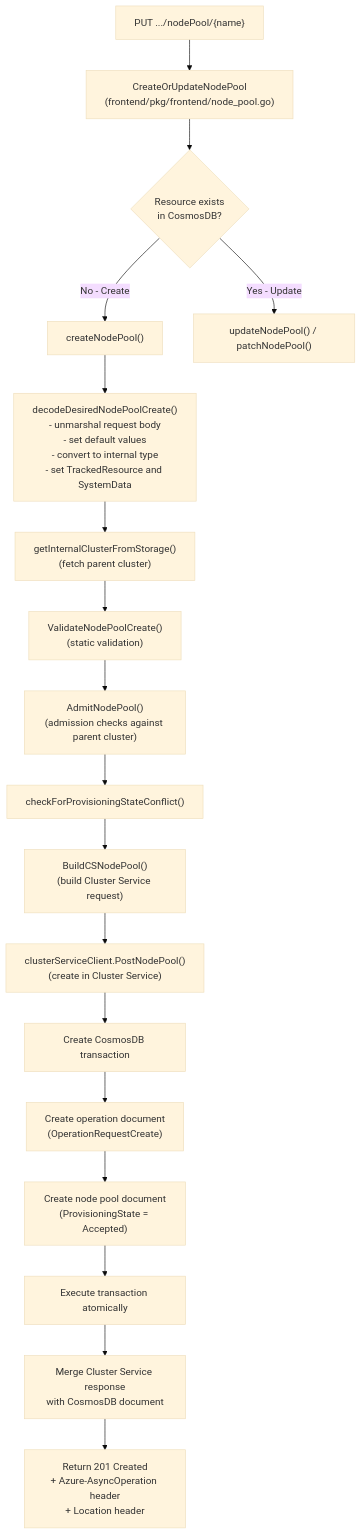
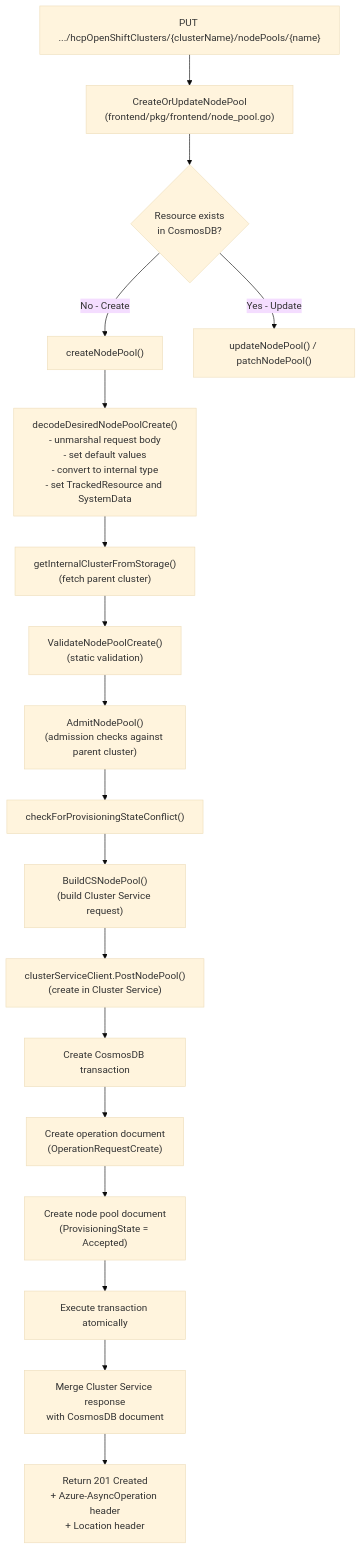
One commit to Azure/ARO-HCP changed the fifth of 9 diagrams in docs/resource-creation.md. Above: the diagram before and after it, drawn with Mermaid (base theme). The commit also changed other lines of this file and 2 other files, not shown here.

First line of the commit message:
Address Copilot review comments on resource creation diagrams

````diff
--- a/docs/resource-creation.md
+++ b/docs/resource-creation.md
@@ -108,23 +108,23 @@
 ```mermaid
 flowchart TD
-    PUT["PUT .../nodePool/{name}"] --> HANDLER["CreateOrUpdateNodePool<br/>(frontend/pkg/frontend/node_pool.go)"]
+    PUT["PUT .../hcpOpenShiftClusters/{clusterName}/nodePools/{name}"] --> HANDLER["CreateOrUpdateNodePool<br/>(frontend/pkg/frontend/node_pool.go)"]
 
     HANDLER --> CHECK{Resource exists<br/>in CosmosDB?}
     CHECK -->|No - Create| CREATE["createNodePool()"]
     CHECK -->|"Yes - Update"| UPDATE["updateNodePool() / patchNodePool()"]
 
     CREATE --> DECODE["decodeDesiredNodePoolCreate()<br/>- unmarshal request body<br/>- set default values<br/>- convert to internal type<br/>- set TrackedResource and SystemData"]
     DECODE --> PARENT["getInternalClusterFromStorage()<br/>(fetch parent cluster)"]
     PARENT --> VAL["ValidateNodePoolCreate()<br/>(static validation)"]
     VAL --> ADMIT["AdmitNodePool()<br/>(admission checks against parent cluster)"]
     ADMIT --> CONFLICT["checkForProvisioningStateConflict()"]
     CONFLICT --> CSBUILD["BuildCSNodePool()<br/>(build Cluster Service request)"]
     CSBUILD --> CSPOST["clusterServiceClient.PostNodePool()<br/>(create in Cluster Service)"]
     CSPOST --> TX[Create CosmosDB transaction]
 
     TX --> OP["Create operation document<br/>(OperationRequestCreate)"]
     OP --> RES["Create node pool document<br/>(ProvisioningState = Accepted)"]
     RES --> EXEC[Execute transaction atomically]
     EXEC --> MERGE["Merge Cluster Service response<br/>with CosmosDB document"]
     MERGE --> RESP["Return 201 Created<br/>+ Azure-AsyncOperation header<br/>+ Location header"]
 ```
````
